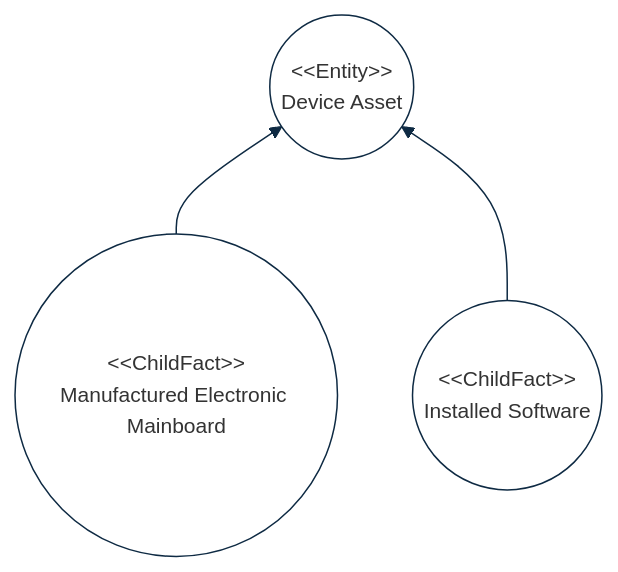
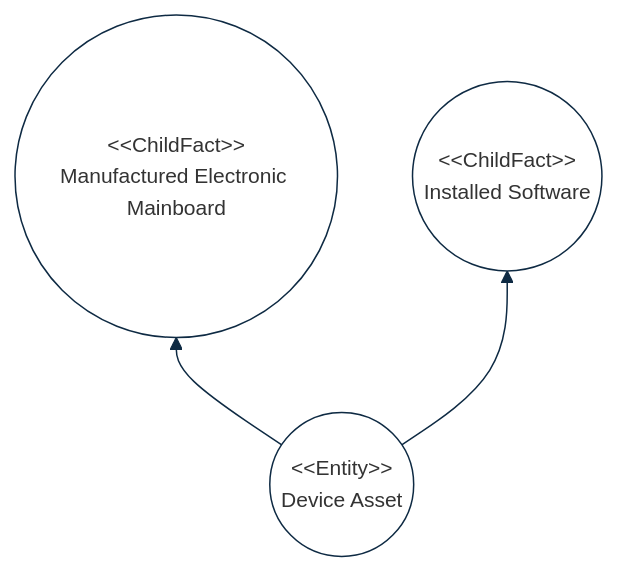
Before and after one commit to cybnity/foundation: the second of 2 diagrams in implementations-line/framework/immutable/README.md, drawn with Mermaid.

````diff
--- a/implementations-line/framework/immutable/README.md
+++ b/implementations-line/framework/immutable/README.md
@@ -135,25 +135,25 @@
 ```mermaid
 %%{
   init: {
     'theme': 'base',
     'themeVariables': {
         'background': '#ffffff',
         'fontFamily': 'arial',
         'fontSize': '14px',
         'primaryColor': '#fff',
         'primaryBorderColor': '#0e2a43',
         'secondaryBorderColor': '#0e2a43',
         'tertiaryBorderColor': '#0e2a43',
         'edgeLabelBackground':'#0e2a43',
         'lineColor': '#0e2a43',
         'tertiaryColor': '#fff'
     }
   }
 }%%
 flowchart BT
-    board(("#60;#60;ChildFact#62;#62;<br/>Manufactured Electronic Mainboard")) --> asset(("#60;#60;Entity#62;#62;<br/>Device Asset"))
-    soft(("#60;#60;ChildFact#62;#62;<br/>Installed Software")) --> asset
+    asset(("#60;#60;Entity#62;#62;<br/>Device Asset")) --> board(("#60;#60;ChildFact#62;#62;<br/>Manufactured Electronic Mainboard"))
+    asset --> soft(("#60;#60;ChildFact#62;#62;<br/>Installed Software"))
 
 
 
 ```
````
